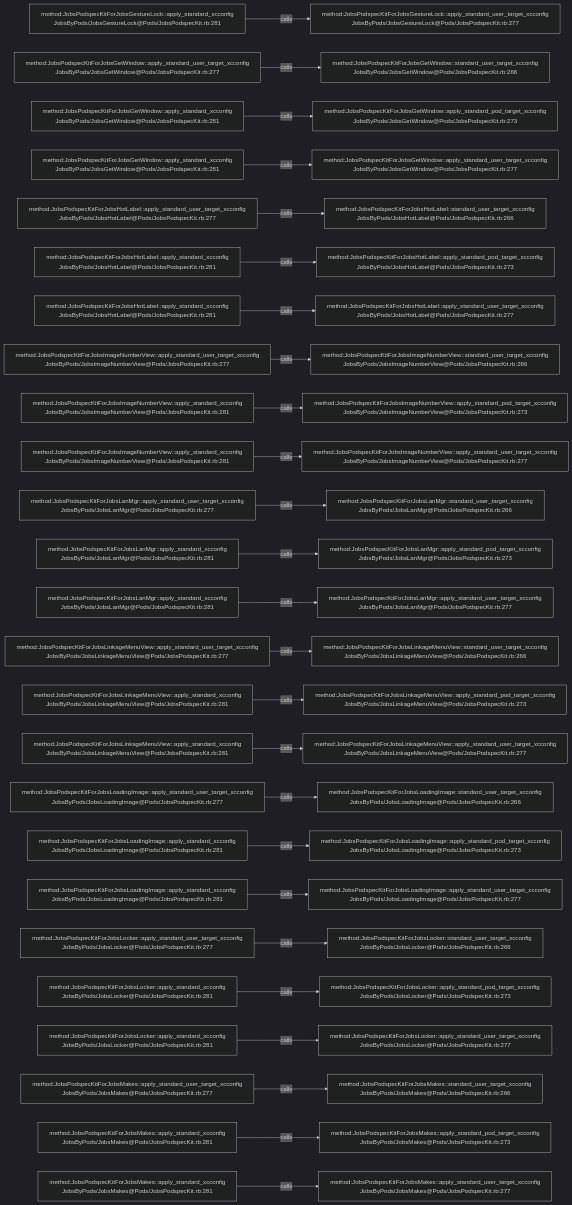
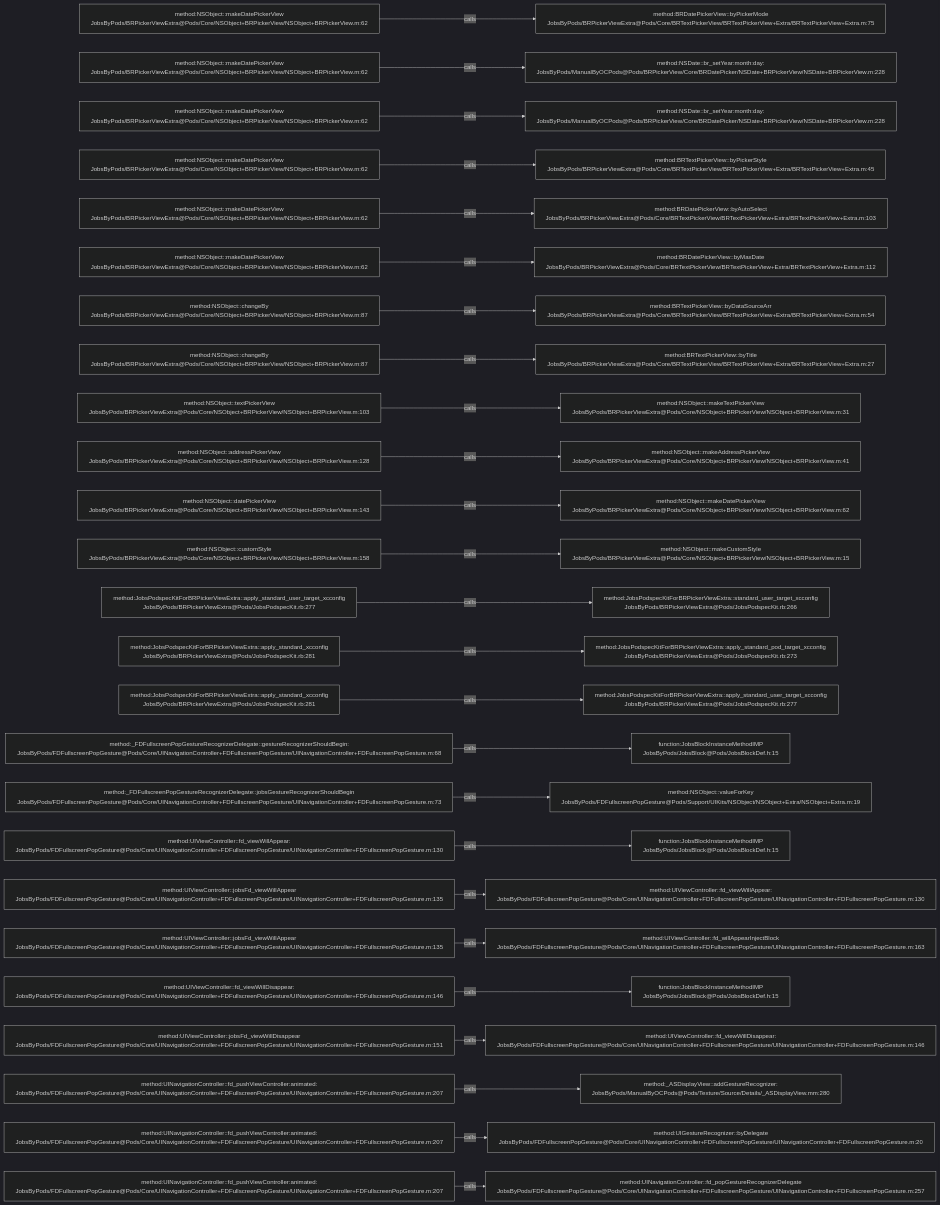
One commit to JobsKits/JobsOCBaseConfigDemo changed the diagram in .codegraph/codegraph.md/graphs/calls-003.md. Above: the diagram before and after it, drawn with Mermaid (dark theme). The commit also changed 768 other files, not shown here.

````diff
--- a/.codegraph/codegraph.md/graphs/calls-003.md
+++ b/.codegraph/codegraph.md/graphs/calls-003.md
@@ -13,78 +13,78 @@
 ```mermaid
 flowchart LR
-  S1["method:JobsPodspecKitForJobsGestureLock::apply_standard_xcconfig<br/>JobsByPods/JobsGestureLock@Pods/JobsPodspecKit.rb:281"]
-  T1["method:JobsPodspecKitForJobsGestureLock::apply_standard_user_target_xcconfig<br/>JobsByPods/JobsGestureLock@Pods/JobsPodspecKit.rb:277"]
+  S1["method:NSObject::makeDatePickerView<br/>JobsByPods/BRPickerViewExtra@Pods/Core/NSObject+BRPickerView/NSObject+BRPickerView.m:62"]
+  T1["method:BRDatePickerView::byPickerMode<br/>JobsByPods/BRPickerViewExtra@Pods/Core/BRTextPickerView/BRTextPickerView+Extra/BRTextPickerView+Extra.m:75"]
   S1 -->|calls| T1
-  S2["method:JobsPodspecKitForJobsGetWindow::apply_standard_user_target_xcconfig<br/>JobsByPods/JobsGetWindow@Pods/JobsPodspecKit.rb:277"]
-  T2["method:JobsPodspecKitForJobsGetWindow::standard_user_target_xcconfig<br/>JobsByPods/JobsGetWindow@Pods/JobsPodspecKit.rb:266"]
+  S2["method:NSObject::makeDatePickerView<br/>JobsByPods/BRPickerViewExtra@Pods/Core/NSObject+BRPickerView/NSObject+BRPickerView.m:62"]
+  T2["method:NSDate::br_setYear:month:day:<br/>JobsByPods/ManualByOCPods@Pods/BRPickerView/Core/BRDatePicker/NSDate+BRPickerView/NSDate+BRPickerView.m:228"]
   S2 -->|calls| T2
-  S3["method:JobsPodspecKitForJobsGetWindow::apply_standard_xcconfig<br/>JobsByPods/JobsGetWindow@Pods/JobsPodspecKit.rb:281"]
-  T3["method:JobsPodspecKitForJobsGetWindow::apply_standard_pod_target_xcconfig<br/>JobsByPods/JobsGetWindow@Pods/JobsPodspecKit.rb:273"]
+  S3["method:NSObject::makeDatePickerView<br/>JobsByPods/BRPickerViewExtra@Pods/Core/NSObject+BRPickerView/NSObject+BRPickerView.m:62"]
+  T3["method:NSDate::br_setYear:month:day:<br/>JobsByPods/ManualByOCPods@Pods/BRPickerView/Core/BRDatePicker/NSDate+BRPickerView/NSDate+BRPickerView.m:228"]
   S3 -->|calls| T3
-  S4["method:JobsPodspecKitForJobsGetWindow::apply_standard_xcconfig<br/>JobsByPods/JobsGetWindow@Pods/JobsPodspecKit.rb:281"]
-  T4["method:JobsPodspecKitForJobsGetWindow::apply_standard_user_target_xcconfig<br/>JobsByPods/JobsGetWindow@Pods/JobsPodspecKit.rb:277"]
+  S4["method:NSObject::makeDatePickerView<br/>JobsByPods/BRPickerViewExtra@Pods/Core/NSObject+BRPickerView/NSObject+BRPickerView.m:62"]
+  T4["method:BRTextPickerView::byPickerStyle<br/>JobsByPods/BRPickerViewExtra@Pods/Core/BRTextPickerView/BRTextPickerView+Extra/BRTextPickerView+Extra.m:45"]
   S4 -->|calls| T4
-  S5["method:JobsPodspecKitForJobsHotLabel::apply_standard_user_target_xcconfig<br/>JobsByPods/JobsHotLabel@Pods/JobsPodspecKit.rb:277"]
-  T5["method:JobsPodspecKitForJobsHotLabel::standard_user_target_xcconfig<br/>JobsByPods/JobsHotLabel@Pods/JobsPodspecKit.rb:266"]
+  S5["method:NSObject::makeDatePickerView<br/>JobsByPods/BRPickerViewExtra@Pods/Core/NSObject+BRPickerView/NSObject+BRPickerView.m:62"]
+  T5["method:BRDatePickerView::byAutoSelect<br/>JobsByPods/BRPickerViewExtra@Pods/Core/BRTextPickerView/BRTextPickerView+Extra/BRTextPickerView+Extra.m:103"]
   S5 -->|calls| T5
-  S6["method:JobsPodspecKitForJobsHotLabel::apply_standard_xcconfig<br/>JobsByPods/JobsHotLabel@Pods/JobsPodspecKit.rb:281"]
-  T6["method:JobsPodspecKitForJobsHotLabel::apply_standard_pod_target_xcconfig<br/>JobsByPods/JobsHotLabel@Pods/JobsPodspecKit.rb:273"]
+  S6["method:NSObject::makeDatePickerView<br/>JobsByPods/BRPickerViewExtra@Pods/Core/NSObject+BRPickerView/NSObject+BRPickerView.m:62"]
+  T6["method:BRDatePickerView::byMaxDate<br/>JobsByPods/BRPickerViewExtra@Pods/Core/BRTextPickerView/BRTextPickerView+Extra/BRTextPickerView+Extra.m:112"]
   S6 -->|calls| T6
-  S7["method:JobsPodspecKitForJobsHotLabel::apply_standard_xcconfig<br/>JobsByPods/JobsHotLabel@Pods/JobsPodspecKit.rb:281"]
-  T7["method:JobsPodspecKitForJobsHotLabel::apply_standard_user_target_xcconfig<br/>JobsByPods/JobsHotLabel@Pods/JobsPodspecKit.rb:277"]
+  S7["method:NSObject::changeBy<br/>JobsByPods/BRPickerViewExtra@Pods/Core/NSObject+BRPickerView/NSObject+BRPickerView.m:87"]
+  T7["method:BRTextPickerView::byDataSourceArr<br/>JobsByPods/BRPickerViewExtra@Pods/Core/BRTextPickerView/BRTextPickerView+Extra/BRTextPickerView+Extra.m:54"]
   S7 -->|calls| T7
-  S8["method:JobsPodspecKitForJobsImageNumberView::apply_standard_user_target_xcconfig<br/>JobsByPods/JobsImageNumberView@Pods/JobsPodspecKit.rb:277"]
-  T8["method:JobsPodspecKitForJobsImageNumberView::standard_user_target_xcconfig<br/>JobsByPods/JobsImageNumberView@Pods/JobsPodspecKit.rb:266"]
+  S8["method:NSObject::changeBy<br/>JobsByPods/BRPickerViewExtra@Pods/Core/NSObject+BRPickerView/NSObject+BRPickerView.m:87"]
+  T8["method:BRTextPickerView::byTitle<br/>JobsByPods/BRPickerViewExtra@Pods/Core/BRTextPickerView/BRTextPickerView+Extra/BRTextPickerView+Extra.m:27"]
   S8 -->|calls| T8
-  S9["method:JobsPodspecKitForJobsImageNumberView::apply_standard_xcconfig<br/>JobsByPods/JobsImageNumberView@Pods/JobsPodspecKit.rb:281"]
-  T9["method:JobsPodspecKitForJobsImageNumberView::apply_standard_pod_target_xcconfig<br/>JobsByPods/JobsImageNumberView@Pods/JobsPodspecKit.rb:273"]
+  S9["method:NSObject::textPickerView<br/>JobsByPods/BRPickerViewExtra@Pods/Core/NSObject+BRPickerView/NSObject+BRPickerView.m:103"]
+  T9["method:NSObject::makeTextPickerView<br/>JobsByPods/BRPickerViewExtra@Pods/Core/NSObject+BRPickerView/NSObject+BRPickerView.m:31"]
   S9 -->|calls| T9
-  S10["method:JobsPodspecKitForJobsImageNumberView::apply_standard_xcconfig<br/>JobsByPods/JobsImageNumberView@Pods/JobsPodspecKit.rb:281"]
-  T10["method:JobsPodspecKitForJobsImageNumberView::apply_standard_user_target_xcconfig<br/>JobsByPods/JobsImageNumberView@Pods/JobsPodspecKit.rb:277"]
+  S10["method:NSObject::addressPickerView<br/>JobsByPods/BRPickerViewExtra@Pods/Core/NSObject+BRPickerView/NSObject+BRPickerView.m:128"]
+  T10["method:NSObject::makeAddressPickerView<br/>JobsByPods/BRPickerViewExtra@Pods/Core/NSObject+BRPickerView/NSObject+BRPickerView.m:41"]
   S10 -->|calls| T10
-  S11["method:JobsPodspecKitForJobsLanMgr::apply_standard_user_target_xcconfig<br/>JobsByPods/JobsLanMgr@Pods/JobsPodspecKit.rb:277"]
-  T11["method:JobsPodspecKitForJobsLanMgr::standard_user_target_xcconfig<br/>JobsByPods/JobsLanMgr@Pods/JobsPodspecKit.rb:266"]
+  S11["method:NSObject::datePickerView<br/>JobsByPods/BRPickerViewExtra@Pods/Core/NSObject+BRPickerView/NSObject+BRPickerView.m:143"]
+  T11["method:NSObject::makeDatePickerView<br/>JobsByPods/BRPickerViewExtra@Pods/Core/NSObject+BRPickerView/NSObject+BRPickerView.m:62"]
   S11 -->|calls| T11
-  S12["method:JobsPodspecKitForJobsLanMgr::apply_standard_xcconfig<br/>JobsByPods/JobsLanMgr@Pods/JobsPodspecKit.rb:281"]
-  T12["method:JobsPodspecKitForJobsLanMgr::apply_standard_pod_target_xcconfig<br/>JobsByPods/JobsLanMgr@Pods/JobsPodspecKit.rb:273"]
+  S12["method:NSObject::customStyle<br/>JobsByPods/BRPickerViewExtra@Pods/Core/NSObject+BRPickerView/NSObject+BRPickerView.m:158"]
+  T12["method:NSObject::makeCustomStyle<br/>JobsByPods/BRPickerViewExtra@Pods/Core/NSObject+BRPickerView/NSObject+BRPickerView.m:15"]
   S12 -->|calls| T12
-  S13["method:JobsPodspecKitForJobsLanMgr::apply_standard_xcconfig<br/>JobsByPods/JobsLanMgr@Pods/JobsPodspecKit.rb:281"]
-  T13["method:JobsPodspecKitForJobsLanMgr::apply_standard_user_target_xcconfig<br/>JobsByPods/JobsLanMgr@Pods/JobsPodspecKit.rb:277"]
+  S13["method:JobsPodspecKitForBRPickerViewExtra::apply_standard_user_target_xcconfig<br/>JobsByPods/BRPickerViewExtra@Pods/JobsPodspecKit.rb:277"]
+  T13["method:JobsPodspecKitForBRPickerViewExtra::standard_user_target_xcconfig<br/>JobsByPods/BRPickerViewExtra@Pods/JobsPodspecKit.rb:266"]
   S13 -->|calls| T13
-  S14["method:JobsPodspecKitForJobsLinkageMenuView::apply_standard_user_target_xcconfig<br/>JobsByPods/JobsLinkageMenuView@Pods/JobsPodspecKit.rb:277"]
-  T14["method:JobsPodspecKitForJobsLinkageMenuView::standard_user_target_xcconfig<br/>JobsByPods/JobsLinkageMenuView@Pods/JobsPodspecKit.rb:266"]
+  S14["method:JobsPodspecKitForBRPickerViewExtra::apply_standard_xcconfig<br/>JobsByPods/BRPickerViewExtra@Pods/JobsPodspecKit.rb:281"]
+  T14["method:JobsPodspecKitForBRPickerViewExtra::apply_standard_pod_target_xcconfig<br/>JobsByPods/BRPickerViewExtra@Pods/JobsPodspecKit.rb:273"]
   S14 -->|calls| T14
-  S15["method:JobsPodspecKitForJobsLinkageMenuView::apply_standard_xcconfig<br/>JobsByPods/JobsLinkageMenuView@Pods/JobsPodspecKit.rb:281"]
-  T15["method:JobsPodspecKitForJobsLinkageMenuView::apply_standard_pod_target_xcconfig<br/>JobsByPods/JobsLinkageMenuView@Pods/JobsPodspecKit.rb:273"]
+  S15["method:JobsPodspecKitForBRPickerViewExtra::apply_standard_xcconfig<br/>JobsByPods/BRPickerViewExtra@Pods/JobsPodspecKit.rb:281"]
+  T15["method:JobsPodspecKitForBRPickerViewExtra::apply_standard_user_target_xcconfig<br/>JobsByPods/BRPickerViewExtra@Pods/JobsPodspecKit.rb:277"]
   S15 -->|calls| T15
-  S16["method:JobsPodspecKitForJobsLinkageMenuView::apply_standard_xcconfig<br/>JobsByPods/JobsLinkageMenuView@Pods/JobsPodspecKit.rb:281"]
-  T16["method:JobsPodspecKitForJobsLinkageMenuView::apply_standard_user_target_xcconfig<br/>JobsByPods/JobsLinkageMenuView@Pods/JobsPodspecKit.rb:277"]
+  S16["method:_FDFullscreenPopGestureRecognizerDelegate::gestureRecognizerShouldBegin:<br/>JobsByPods/FDFullscreenPopGesture@Pods/Core/UINavigationController+FDFullscreenPopGesture/UINavigationController+FDFullscreenPopGesture.m:68"]
+  T16["function:JobsBlockInstanceMethodIMP<br/>JobsByPods/JobsBlock@Pods/JobsBlockDef.h:15"]
   S16 -->|calls| T16
-  S17["method:JobsPodspecKitForJobsLoadingImage::apply_standard_user_target_xcconfig<br/>JobsByPods/JobsLoadingImage@Pods/JobsPodspecKit.rb:277"]
-  T17["method:JobsPodspecKitForJobsLoadingImage::standard_user_target_xcconfig<br/>JobsByPods/JobsLoadingImage@Pods/JobsPodspecKit.rb:266"]
+  S17["method:_FDFullscreenPopGestureRecognizerDelegate::jobsGestureRecognizerShouldBegin<br/>JobsByPods/FDFullscreenPopGesture@Pods/Core/UINavigationController+FDFullscreenPopGesture/UINavigationController+FDFullscreenPopGesture.m:73"]
+  T17["method:NSObject::valueForKey<br/>JobsByPods/FDFullscreenPopGesture@Pods/Support/UIKits/NSObject/NSObject+Extra/NSObject+Extra.m:19"]
   S17 -->|calls| T17
-  S18["method:JobsPodspecKitForJobsLoadingImage::apply_standard_xcconfig<br/>JobsByPods/JobsLoadingImage@Pods/JobsPodspecKit.rb:281"]
-  T18["method:JobsPodspecKitForJobsLoadingImage::apply_standard_pod_target_xcconfig<br/>JobsByPods/JobsLoadingImage@Pods/JobsPodspecKit.rb:273"]
+  S18["method:UIViewController::fd_viewWillAppear:<br/>JobsByPods/FDFullscreenPopGesture@Pods/Core/UINavigationController+FDFullscreenPopGesture/UINavigationController+FDFullscreenPopGesture.m:130"]
+  T18["function:JobsBlockInstanceMethodIMP<br/>JobsByPods/JobsBlock@Pods/JobsBlockDef.h:15"]
   S18 -->|calls| T18
-  S19["method:JobsPodspecKitForJobsLoadingImage::apply_standard_xcconfig<br/>JobsByPods/JobsLoadingImage@Pods/JobsPodspecKit.rb:281"]
-  T19["method:JobsPodspecKitForJobsLoadingImage::apply_standard_user_target_xcconfig<br/>JobsByPods/JobsLoadingImage@Pods/JobsPodspecKit.rb:277"]
+  S19["method:UIViewController::jobsFd_viewWillAppear<br/>JobsByPods/FDFullscreenPopGesture@Pods/Core/UINavigationController+FDFullscreenPopGesture/UINavigationController+FDFullscreenPopGesture.m:135"]
+  T19["method:UIViewController::fd_viewWillAppear:<br/>JobsByPods/FDFullscreenPopGesture@Pods/Core/UINavigationController+FDFullscreenPopGesture/UINavigationController+FDFullscreenPopGesture.m:130"]
   S19 -->|calls| T19
-  S20["method:JobsPodspecKitForJobsLocker::apply_standard_user_target_xcconfig<br/>JobsByPods/JobsLocker@Pods/JobsPodspecKit.rb:277"]
-  T20["method:JobsPodspecKitForJobsLocker::standard_user_target_xcconfig<br/>JobsByPods/JobsLocker@Pods/JobsPodspecKit.rb:266"]
+  S20["method:UIViewController::jobsFd_viewWillAppear<br/>JobsByPods/FDFullscreenPopGesture@Pods/Core/UINavigationController+FDFullscreenPopGesture/UINavigationController+FDFullscreenPopGesture.m:135"]
+  T20["method:UIViewController::fd_willAppearInjectBlock<br/>JobsByPods/FDFullscreenPopGesture@Pods/Core/UINavigationController+FDFullscreenPopGesture/UINavigationController+FDFullscreenPopGesture.m:163"]
   S20 -->|calls| T20
-  S21["method:JobsPodspecKitForJobsLocker::apply_standard_xcconfig<br/>JobsByPods/JobsLocker@Pods/JobsPodspecKit.rb:281"]
-  T21["method:JobsPodspecKitForJobsLocker::apply_standard_pod_target_xcconfig<br/>JobsByPods/JobsLocker@Pods/JobsPodspecKit.rb:273"]
+  S21["method:UIViewController::fd_viewWillDisappear:<br/>JobsByPods/FDFullscreenPopGesture@Pods/Core/UINavigationController+FDFullscreenPopGesture/UINavigationController+FDFullscreenPopGesture.m:146"]
+  T21["function:JobsBlockInstanceMethodIMP<br/>JobsByPods/JobsBlock@Pods/JobsBlockDef.h:15"]
   S21 -->|calls| T21
-  S22["method:JobsPodspecKitForJobsLocker::apply_standard_xcconfig<br/>JobsByPods/JobsLocker@Pods/JobsPodspecKit.rb:281"]
-  T22["method:JobsPodspecKitForJobsLocker::apply_standard_user_target_xcconfig<br/>JobsByPods/JobsLocker@Pods/JobsPodspecKit.rb:277"]
+  S22["method:UIViewController::jobsFd_viewWillDisappear<br/>JobsByPods/FDFullscreenPopGesture@Pods/Core/UINavigationController+FDFullscreenPopGesture/UINavigationController+FDFullscreenPopGesture.m:151"]
+  T22["method:UIViewController::fd_viewWillDisappear:<br/>JobsByPods/FDFullscreenPopGesture@Pods/Core/UINavigationController+FDFullscreenPopGesture/UINavigationController+FDFullscreenPopGesture.m:146"]
   S22 -->|calls| T22
-  S23["method:JobsPodspecKitForJobsMakes::apply_standard_user_target_xcconfig<br/>JobsByPods/JobsMakes@Pods/JobsPodspecKit.rb:277"]
-  T23["method:JobsPodspecKitForJobsMakes::standard_user_target_xcconfig<br/>JobsByPods/JobsMakes@Pods/JobsPodspecKit.rb:266"]
+  S23["method:UINavigationController::fd_pushViewController:animated:<br/>JobsByPods/FDFullscreenPopGesture@Pods/Core/UINavigationController+FDFullscreenPopGesture/UINavigationController+FDFullscreenPopGesture.m:207"]
+  T23["method:_ASDisplayView::addGestureRecognizer:<br/>JobsByPods/ManualByOCPods@Pods/Texture/Source/Details/_ASDisplayView.mm:280"]
   S23 -->|calls| T23
-  S24["method:JobsPodspecKitForJobsMakes::apply_standard_xcconfig<br/>JobsByPods/JobsMakes@Pods/JobsPodspecKit.rb:281"]
-  T24["method:JobsPodspecKitForJobsMakes::apply_standard_pod_target_xcconfig<br/>JobsByPods/JobsMakes@Pods/JobsPodspecKit.rb:273"]
+  S24["method:UINavigationController::fd_pushViewController:animated:<br/>JobsByPods/FDFullscreenPopGesture@Pods/Core/UINavigationController+FDFullscreenPopGesture/UINavigationController+FDFullscreenPopGesture.m:207"]
+  T24["method:UIGestureRecognizer::byDelegate<br/>JobsByPods/FDFullscreenPopGesture@Pods/Core/UINavigationController+FDFullscreenPopGesture/UINavigationController+FDFullscreenPopGesture.m:20"]
   S24 -->|calls| T24
-  S25["method:JobsPodspecKitForJobsMakes::apply_standard_xcconfig<br/>JobsByPods/JobsMakes@Pods/JobsPodspecKit.rb:281"]
-  T25["method:JobsPodspecKitForJobsMakes::apply_standard_user_target_xcconfig<br/>JobsByPods/JobsMakes@Pods/JobsPodspecKit.rb:277"]
+  S25["method:UINavigationController::fd_pushViewController:animated:<br/>JobsByPods/FDFullscreenPopGesture@Pods/Core/UINavigationController+FDFullscreenPopGesture/UINavigationController+FDFullscreenPopGesture.m:207"]
+  T25["method:UINavigationController::fd_popGestureRecognizerDelegate<br/>JobsByPods/FDFullscreenPopGesture@Pods/Core/UINavigationController+FDFullscreenPopGesture/UINavigationController+FDFullscreenPopGesture.m:257"]
   S25 -->|calls| T25
 ```
````
